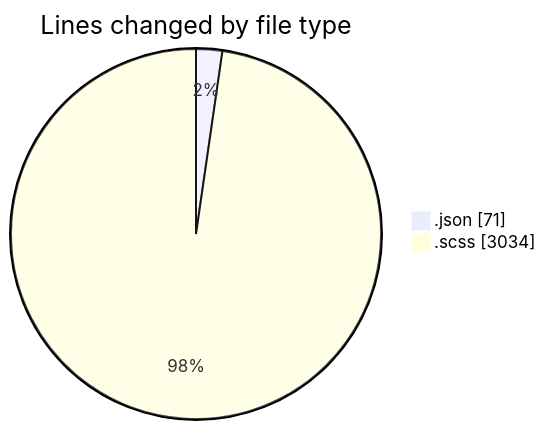
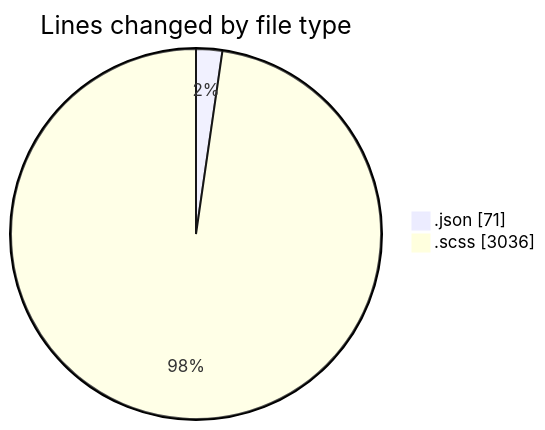
Before and after one commit to momahboobian/code-tracking: the first of 2 diagrams in 2026-01-22/cda/README.md, drawn with Mermaid. The commit also changed other lines of this file and 1 other file, not shown here.

````diff
--- a/2026-01-22/cda/README.md
+++ b/2026-01-22/cda/README.md
@@ -37,6 +37,6 @@
 ```mermaid
 pie showData
 title Lines changed by file type
 ".json" : 71
-".scss" : 3034
+".scss" : 3036
 ```
````
